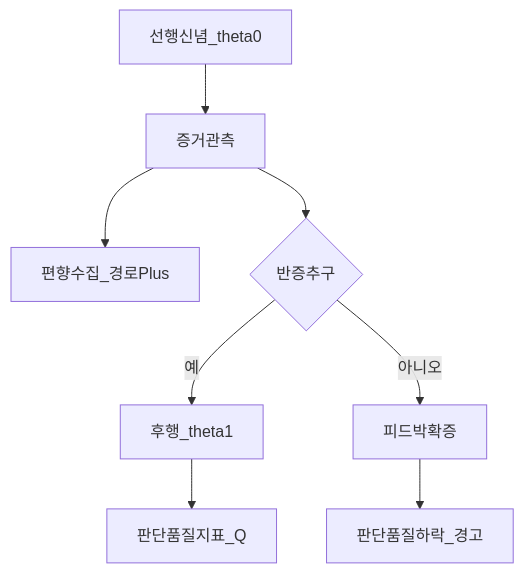
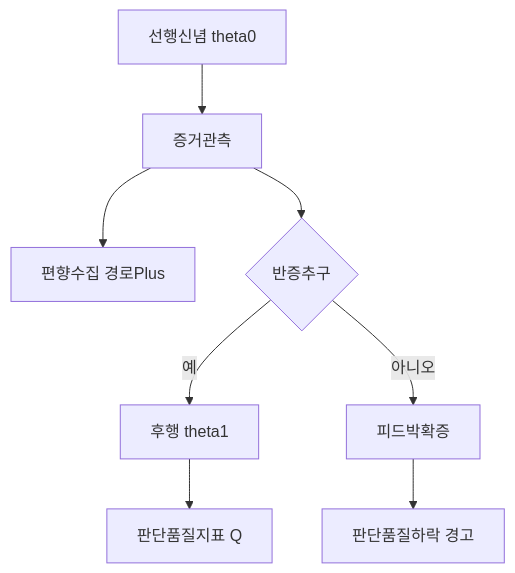
The third of 5 diagrams in 05-behavioral/investment-journal-psychology.md (goldanghenry/Finances), drawn with Mermaid before and after one commit. The commit also changed other lines of this file and 211 other files, not shown here.

````diff
--- a/05-behavioral/investment-journal-psychology.md
+++ b/05-behavioral/investment-journal-psychology.md
@@ -161,10 +175,10 @@
 ```mermaid
 flowchart TB
-  h0[선행신념_theta0] --> ev[증거관측]
-  ev --> pplus[편향수집_경로Plus]
+  h0["선행신념 theta0"] --> ev[증거관측]
+  ev --> pplus["편향수집 경로Plus"]
   ev --> pminus{반증추구}
-  pminus -->|예| upt[후행_theta1]
+  pminus -->|예| upt["후행 theta1"]
   pminus -->|아니오| spiral[피드박확증]
-  upt --> jr[판단품질지표_Q]
-  spiral --> jr2[판단품질하락_경고]
+  upt --> jr["판단품질지표 Q"]
+  spiral --> jr2["판단품질하락 경고"]
 ```
````
